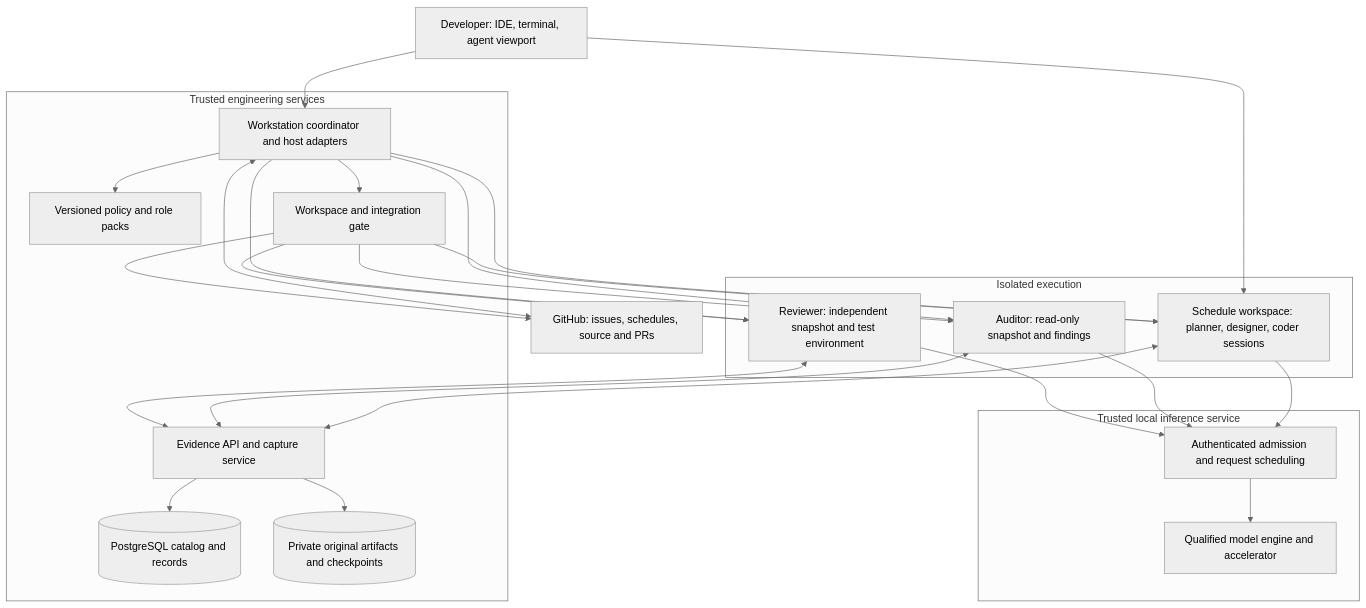
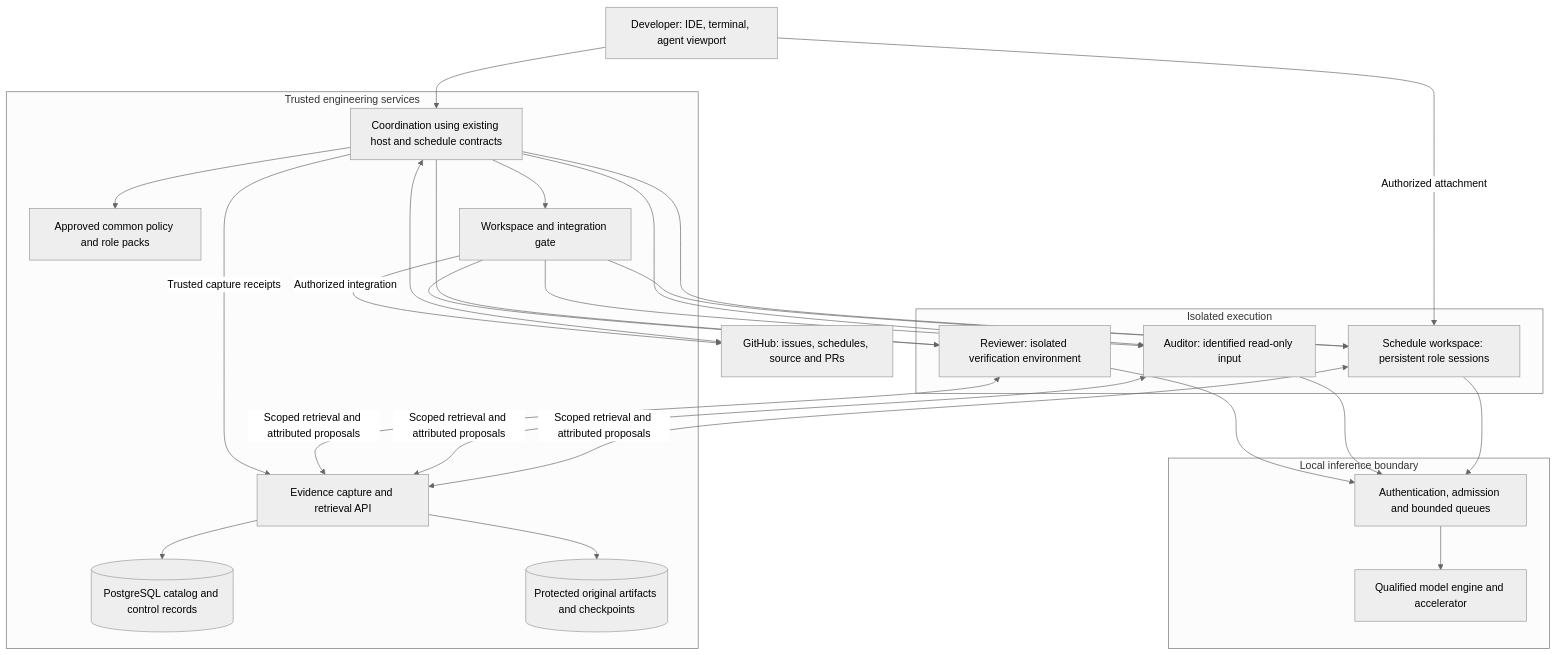
One commit to NobleFactor/noblefactor-engprod changed the first of 4 diagrams in docs/architecture/agentic-developer-workstation.md. Above: the diagram before and after it, drawn with Mermaid (neutral theme). The commit also changed other lines of this file, not shown here.

First line of the commit message:
docs: resolve workstation architecture review findings

````diff
--- a/docs/architecture/agentic-developer-workstation.md
+++ b/docs/architecture/agentic-developer-workstation.md
@@ -140,39 +156,40 @@
 ```mermaid
 flowchart TB
     H["Developer: IDE, terminal, agent viewport"]
     GH["GitHub: issues, schedules, source and PRs"]
     subgraph CONTROL["Trusted engineering services"]
-        C["Workstation coordinator and host adapters"]
-        P["Versioned policy and role packs"]
+        C["Coordination using existing host and schedule contracts"]
+        P["Approved common policy and role packs"]
         W["Workspace and integration gate"]
-        E["Evidence API and capture service"]
-        DB[("PostgreSQL catalog and records")]
-        B[("Private original artifacts and checkpoints")]
+        E["Evidence capture and retrieval API"]
+        DB[("PostgreSQL catalog and control records")]
+        B[("Protected original artifacts and checkpoints")]
     end
     subgraph EXEC["Isolated execution"]
-        D["Schedule workspace: planner, designer, coder sessions"]
-        A["Auditor: read-only snapshot and findings"]
-        R["Reviewer: independent snapshot and test environment"]
+        D["Schedule workspace: persistent role sessions"]
+        A["Auditor: identified read-only input"]
+        R["Reviewer: isolated verification environment"]
     end
-    subgraph INF["Trusted local inference service"]
-        Q["Authenticated admission and request scheduling"]
+    subgraph INF["Local inference boundary"]
+        Q["Authentication, admission and bounded queues"]
         M["Qualified model engine and accelerator"]
     end
     H --> C
-    H --> D
+    H -->|"Authorized attachment"| D
     C <--> GH
     C --> P
     C --> W
     C --> D
     C --> A
     C --> R
     W --> D
     W --> A
     W --> R
     D & A & R --> Q
     Q --> M
-    D & A & R <--> E
+    D & A & R <-->|"Scoped retrieval and attributed proposals"| E
+    C -->|"Trusted capture receipts"| E
     E --> DB
     E --> B
-    W --> GH
+    W -->|"Authorized integration"| GH
 ```
````
